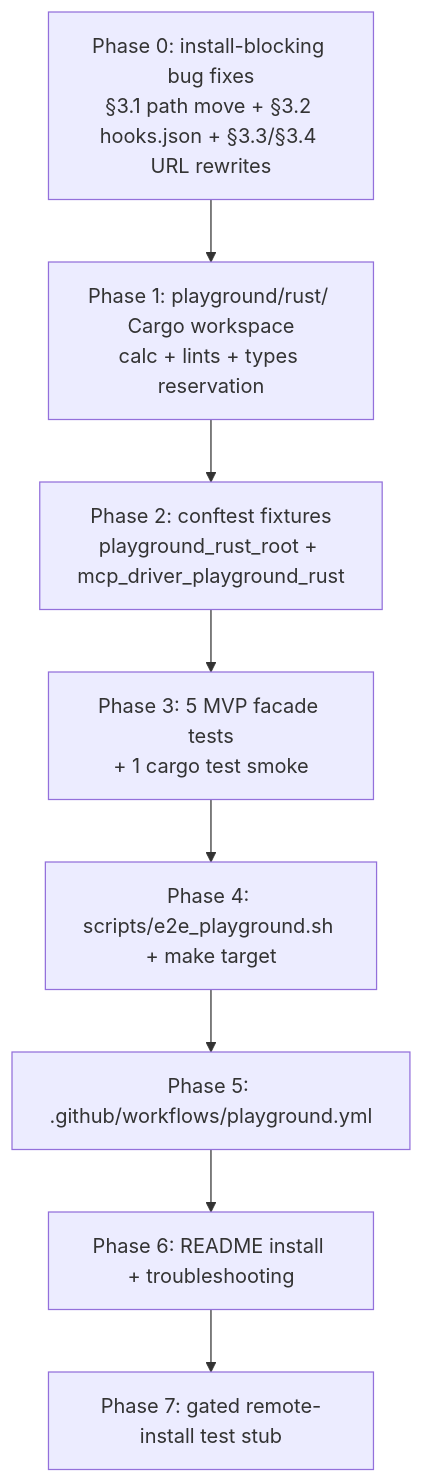
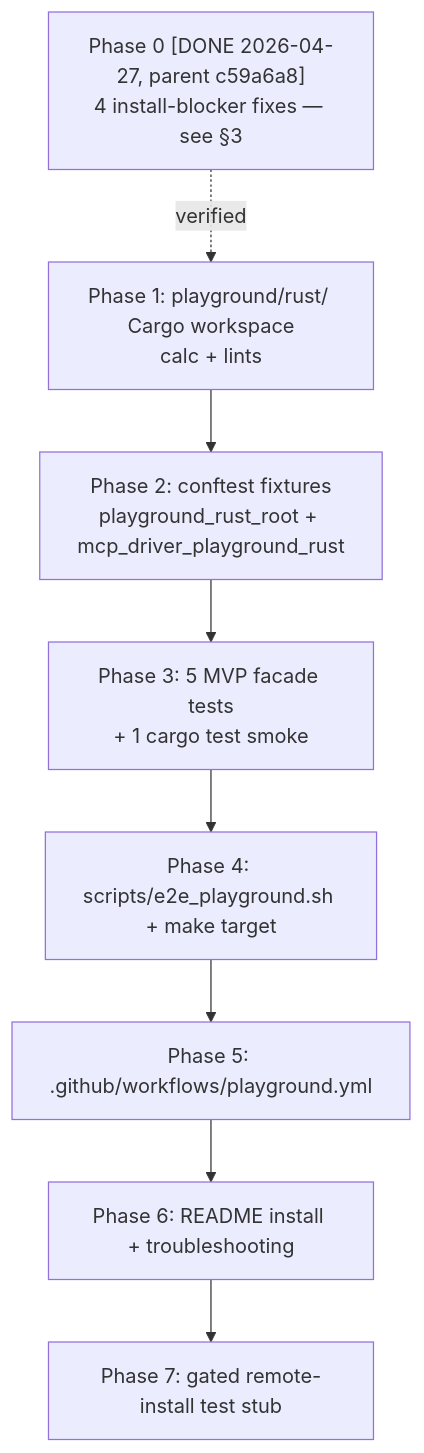
One commit to o2alexanderfedin/o2-scalpel changed the fourth of 4 diagrams in docs/superpowers/specs/2026-04-28-rust-plugin-e2e-playground-spec.md. Above: the diagram before and after it, drawn with Mermaid. The commit also changed other lines of this file and 1 other file, not shown here.

First line of the commit message:
docs(spec): v1.2.2 playground spec APPROVED v3 + challenger review

````diff
--- a/docs/superpowers/specs/2026-04-28-rust-plugin-e2e-playground-spec.md
+++ b/docs/superpowers/specs/2026-04-28-rust-plugin-e2e-playground-spec.md
@@ -351,12 +393,12 @@
 ```mermaid
 graph TD
-    P0[Phase 0: install-blocking bug fixes<br>§3.1 path move + §3.2 hooks.json + §3.3/§3.4 URL rewrites]
-    P1[Phase 1: playground/rust/ Cargo workspace<br>calc + lints + types reservation]
+    P0["Phase 0 [DONE 2026-04-27, parent c59a6a8]<br>4 install-blocker fixes — see §3"]
+    P1[Phase 1: playground/rust/ Cargo workspace<br>calc + lints]
     P2[Phase 2: conftest fixtures<br>playground_rust_root + mcp_driver_playground_rust]
     P3[Phase 3: 5 MVP facade tests<br>+ 1 cargo test smoke]
     P4[Phase 4: scripts/e2e_playground.sh + make target]
     P5[Phase 5: .github/workflows/playground.yml]
     P6[Phase 6: README install + troubleshooting]
     P7[Phase 7: gated remote-install test stub]
-    P0 --> P1 --> P2 --> P3 --> P4 --> P5 --> P6 --> P7
+    P0 -.verified.-> P1 --> P2 --> P3 --> P4 --> P5 --> P6 --> P7
 ```
````
